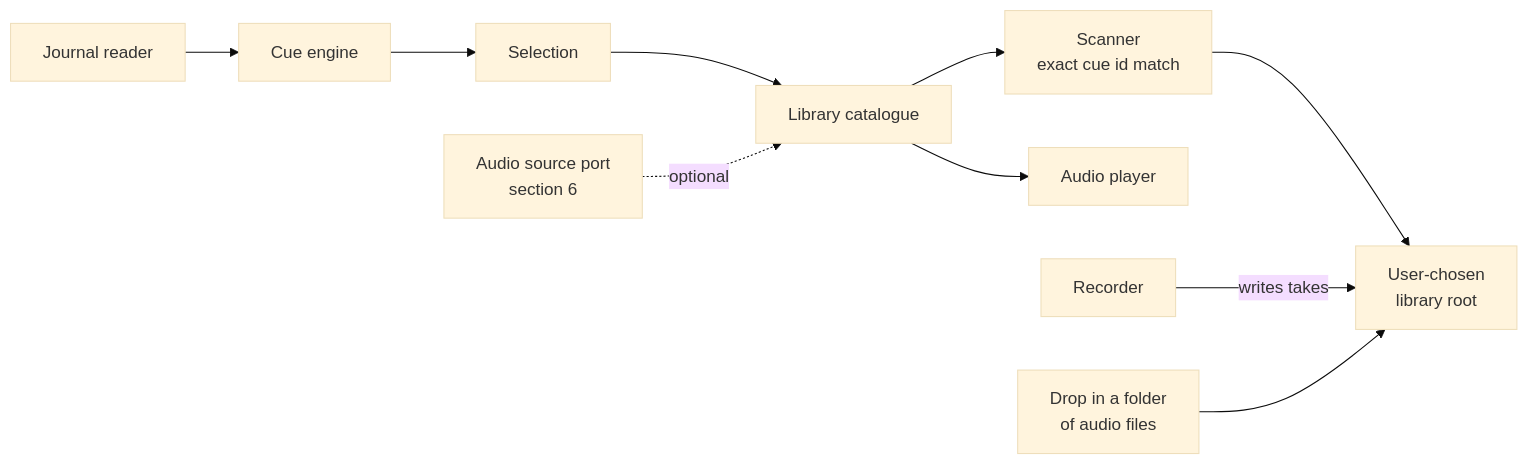
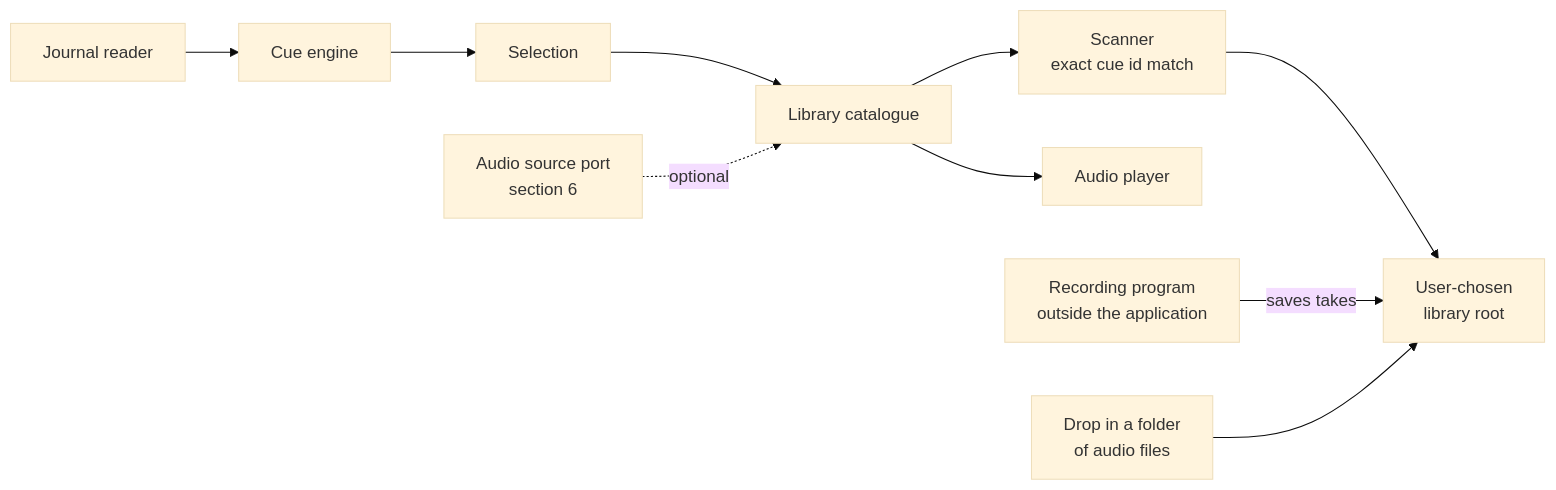
One commit to oernster/BridgeTalk changed the diagram in REQUIREMENTS.md. Above: the diagram before and after it, drawn with Mermaid (base theme). The commit also changed other lines of this file and 21 other files, not shown here.

````diff
--- a/REQUIREMENTS.md
+++ b/REQUIREMENTS.md
@@ -77,12 +78,12 @@
 ```mermaid
 graph LR
   J[Journal reader] --> CE[Cue engine]
   CE --> SEL[Selection]
   SEL --> CAT[Library catalogue]
   CAT --> SCAN["Scanner<br/>exact cue id match"]
   SCAN --> ROOT["User-chosen<br/>library root"]
   CAT --> PLAY[Audio player]
-  REC[Recorder] -->|writes takes| ROOT
+  REC["Recording program<br/>outside the application"] -->|saves takes| ROOT
   DROP["Drop in a folder<br/>of audio files"] --> ROOT
   PORT["Audio source port<br/>section 6"] -.optional.-> CAT
 ```
````
